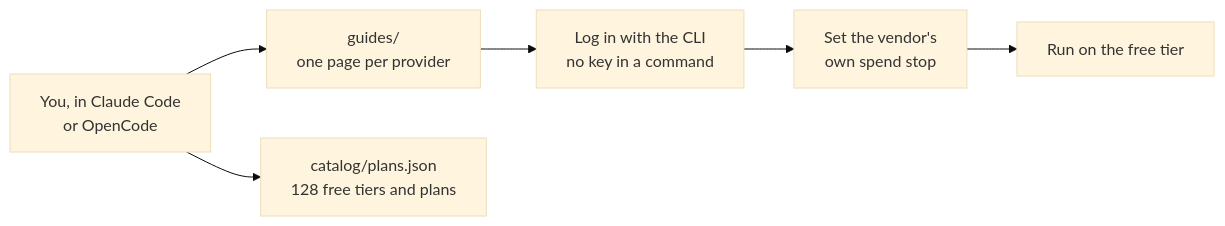
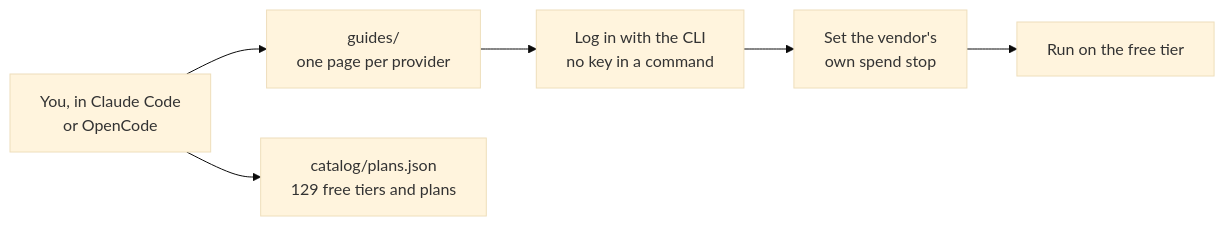
One commit to SoulCraft-Org/compute-crafter changed the diagram in README.md. Above: the diagram before and after it, drawn with Mermaid (base theme). The commit also changed other lines of this file and 4 other files, not shown here.

````diff
--- a/README.md
+++ b/README.md
@@ -5,8 +5,8 @@
 ```mermaid
 flowchart LR
   Y[You, in Claude Code<br/>or OpenCode] --> G[guides/<br/>one page per provider]
-  Y --> C[catalog/plans.json<br/>128 free tiers and plans]
+  Y --> C[catalog/plans.json<br/>129 free tiers and plans]
   G --> L[Log in with the CLI<br/>no key in a command]
   L --> S[Set the vendor's<br/>own spend stop]
   S --> R[Run on the free tier]
 ```
````
